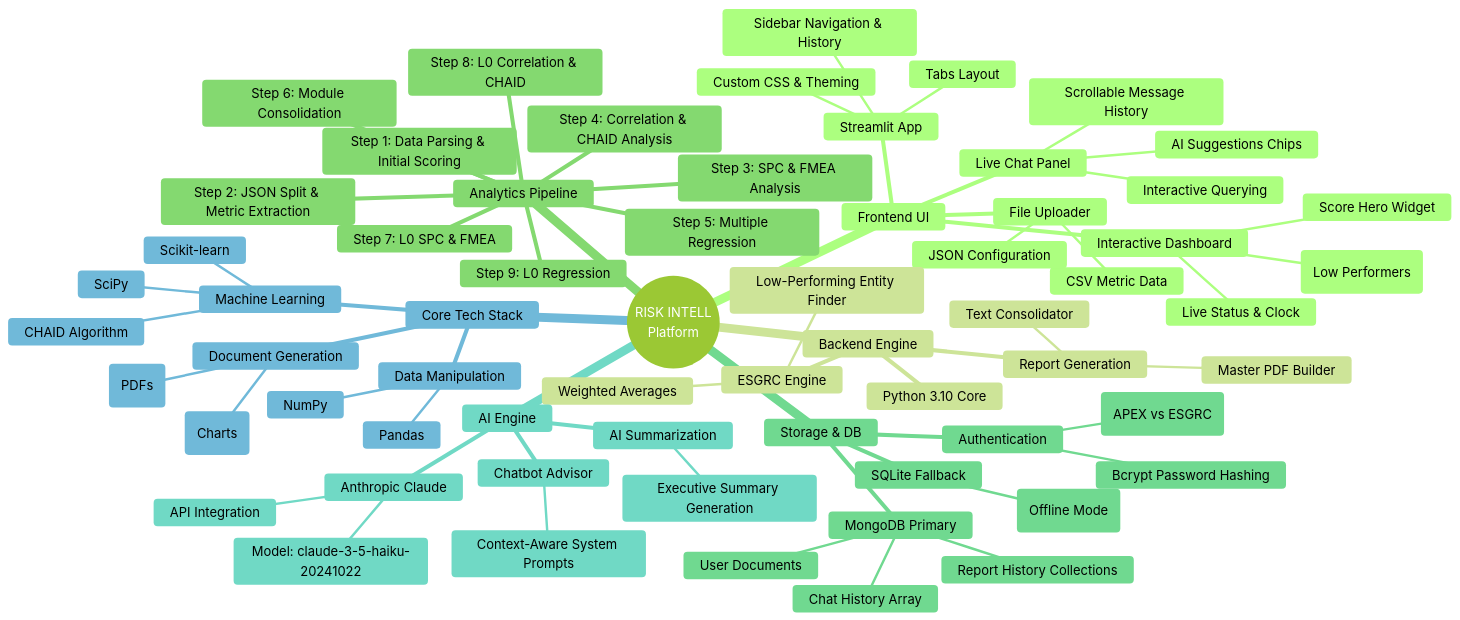
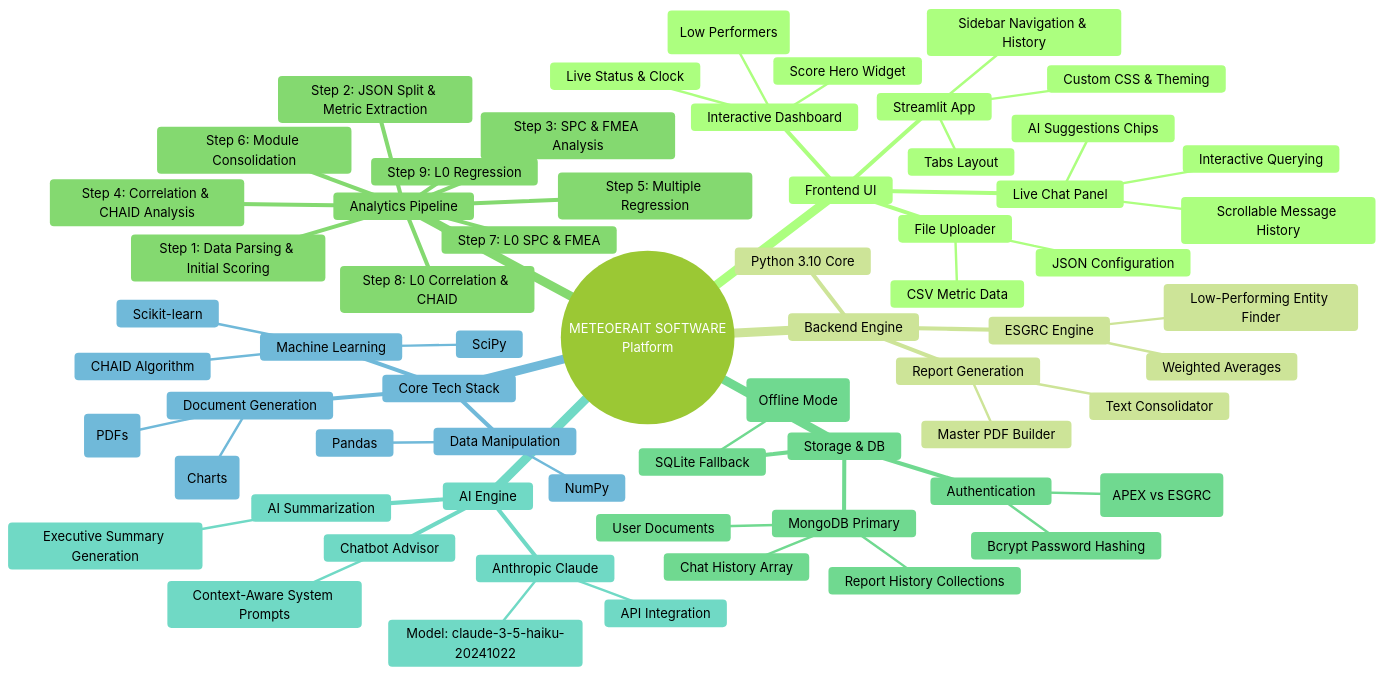
One commit to code0era/esgrc changed the first of 2 diagrams in ARCHITECTURE_MINDMAP.md. Above: the diagram before and after it, drawn with Mermaid (forest theme). The commit also changed other lines of this file and 134 other files, not shown here.

````diff
--- a/ARCHITECTURE_MINDMAP.md
+++ b/ARCHITECTURE_MINDMAP.md
@@ -9,67 +9,67 @@
 ```mermaid
 mindmap
-  root((RISK INTELL<br/>Platform))
+  root((METEOERAIT SOFTWARE<br/>Platform))
     Frontend UI
       Streamlit App
         Custom CSS & Theming
         Sidebar Navigation & History
         Tabs Layout
       Interactive Dashboard
         Score Hero Widget
         Metrics Grid (Low Performers)
         Live Status & Clock
       File Uploader
         CSV Metric Data
         JSON Configuration
       Live Chat Panel
         Scrollable Message History
         AI Suggestions Chips
         Interactive Querying
     Backend Engine
       Python 3.10 Core
       ESGRC Engine
         Weighted Averages
         Low-Performing Entity Finder
       Report Generation
         Master PDF Builder
         Text Consolidator
     Analytics Pipeline
       Step 1: Data Parsing & Initial Scoring
       Step 2: JSON Split & Metric Extraction
       Step 3: SPC & FMEA Analysis
       Step 4: Correlation & CHAID Analysis
       Step 5: Multiple Regression
       Step 6: Module Consolidation
       Step 7: L0 SPC & FMEA
       Step 8: L0 Correlation & CHAID
       Step 9: L0 Regression
     Storage & DB
       MongoDB Primary
         User Documents
         Report History Collections
         Chat History Array
       SQLite Fallback
         esgrc_local.db (Offline Mode)
       Authentication
         Bcrypt Password Hashing
         Role-based Access (APEX vs ESGRC)
     AI Engine
       Anthropic Claude
         Model: claude-3-5-haiku-20241022
         API Integration
       AI Summarization
         Executive Summary Generation
       Chatbot Advisor
         Context-Aware System Prompts
     Core Tech Stack
       Data Manipulation
         Pandas
         NumPy
       Machine Learning
         Scikit-learn
         SciPy
         CHAID Algorithm
       Document Generation
         ReportLab (PDFs)
         Matplotlib (Charts)
 ```
````
